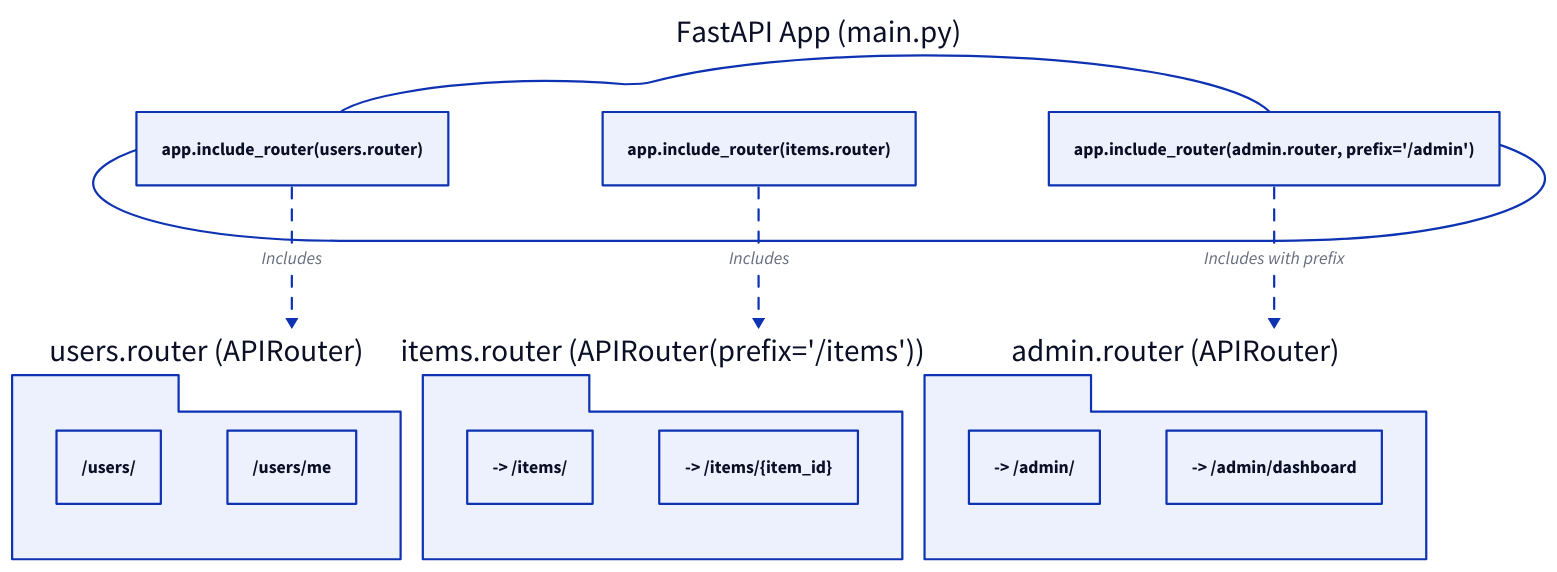
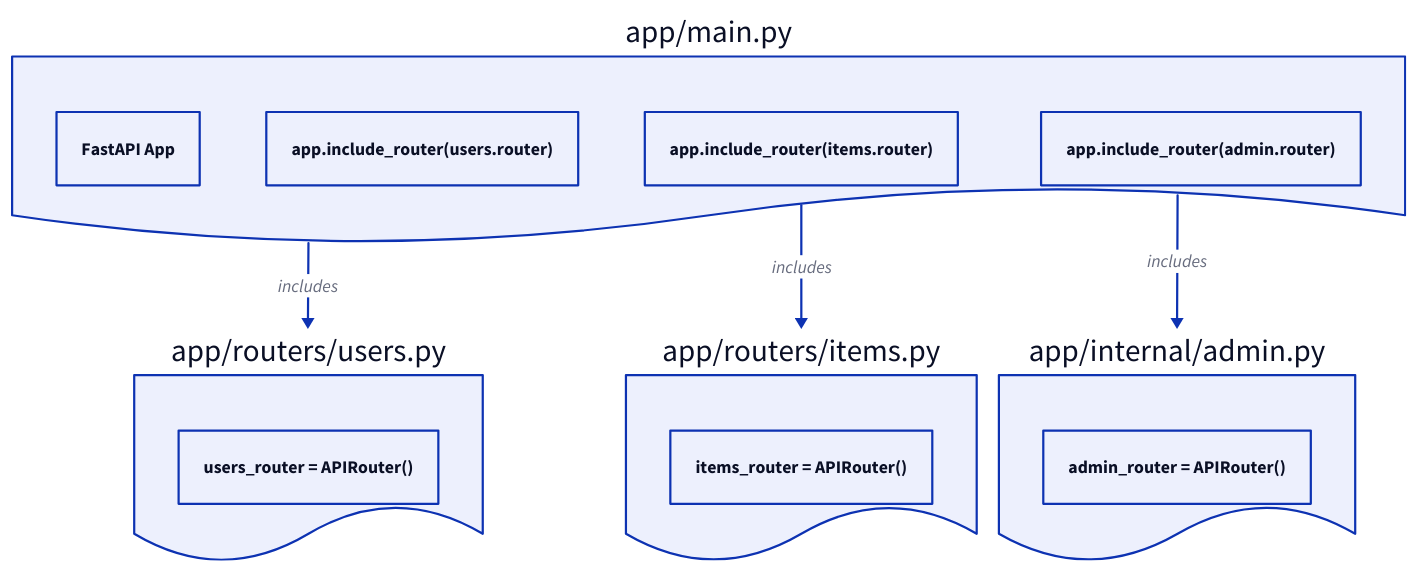
One commit to lban2049/fastapi changed the diagram in .aigne/doc-smith/docs/advanced-bigger-applications.md. Above: the diagram before and after it, drawn with D2. The commit also changed other lines of this file and 45 other files, not shown here.

````diff
--- a/.aigne/doc-smith/docs/advanced-bigger-applications.md
+++ b/.aigne/doc-smith/docs/advanced-bigger-applications.md
@@ -139,48 +58,32 @@
 ```d2
 direction: down
 
-"FastAPI App (main.py)": {
-  shape: cloud
-
-  "app.include_router(users.router)": {}
-  "app.include_router(items.router)": {}
-  "app.include_router(admin.router, prefix='/admin')": {}
+"app/main.py" {
+  shape: document
+  "FastAPI App" {
+    shape: rectangle
+  }
+  "app.include_router(users.router)" {}
+  "app.include_router(items.router)" {}
+  "app.include_router(admin.router)" {}
 }
 
-"users.router (APIRouter)": {
-  shape: package
-  "/users/": {}
-  "/users/me": {}
+"app/routers/users.py" {
+  shape: document
+  "users_router = APIRouter()"
 }
 
-"items.router (APIRouter(prefix='/items'))": {
-  shape: package
-  "/": "-> /items/"
-  "/{item_id}": "-> /items/{item_id}"
+"app/routers/items.py" {
+  shape: document
+  "items_router = APIRouter()"
 }
 
-"admin.router (APIRouter)": {
-  shape: package
-  "/": "-> /admin/"
-  "/dashboard": "-> /admin/dashboard"
+"app/internal/admin.py" {
+  shape: document
+  "admin_router = APIRouter()"
 }
 
-"FastAPI App (main.py)"."app.include_router(users.router)" -> "users.router (APIRouter)": {
-  label: "Includes"
-  style: {
-    animated: true
-  }
-}
-"FastAPI App (main.py)"."app.include_router(items.router)" -> "items.router (APIRouter(prefix='/items'))": {
-  label: "Includes"
-  style: {
-    animated: true
-  }
-}
-"FastAPI App (main.py)"."app.include_router(admin.router, prefix='/admin')" -> "admin.router (APIRouter)": {
-  label: "Includes with prefix"
-  style: {
-    animated: true
-  }
-}
+"app/main.py" -> "app/routers/users.py": "includes"
+"app/main.py" -> "app/routers/items.py": "includes"
+"app/main.py" -> "app/internal/admin.py": "includes"
 ```
````
